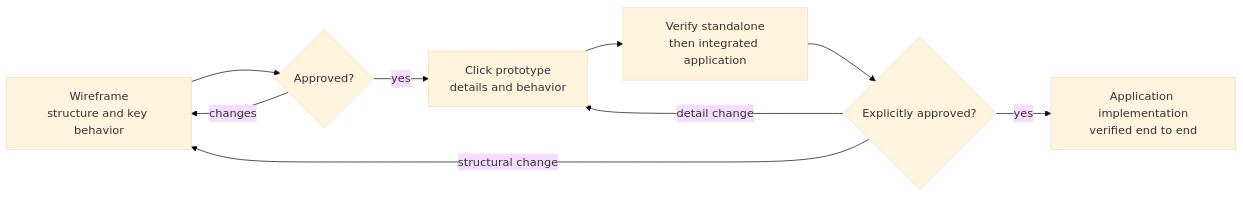
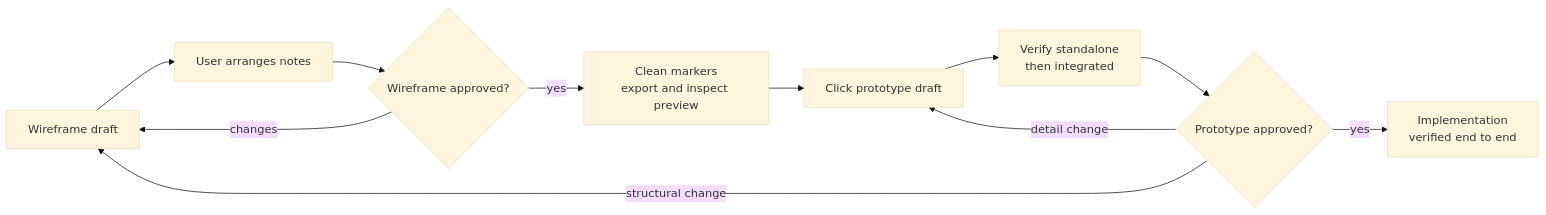
The diagram in .github/skills/ui-ux-design/SKILL.md (eG-dev/MONkEY), drawn with Mermaid (base theme) before and after one commit. The commit also changed other lines of this file and 7 other files, not shown here.

````diff
--- a/.github/skills/ui-ux-design/SKILL.md
+++ b/.github/skills/ui-ux-design/SKILL.md
@@ -22,11 +39,13 @@
 ```mermaid
 flowchart LR
-  W[Wireframe<br>structure and key behavior] --> A{Approved?}
-  A -- changes --> W
-  A -- yes --> P[Click prototype<br>details and behavior]
-  P --> V[Verify standalone<br>then integrated application]
-  V --> R{Explicitly approved?}
-  R -- structural change --> W
+  D[Wireframe draft] --> N[User arranges notes]
+  N --> W{Wireframe approved?}
+  W -- changes --> D
+  W -- yes --> C[Clean markers<br>export and inspect preview]
+  C --> P[Click prototype draft]
+  P --> V[Verify standalone<br>then integrated]
+  V --> R{Prototype approved?}
+  R -- structural change --> D
   R -- detail change --> P
-  R -- yes --> I[Application implementation<br>verified end to end]
+  R -- yes --> I[Implementation<br>verified end to end]
 ```
````
